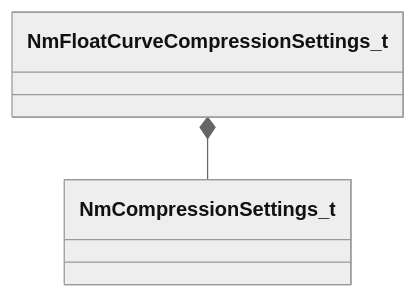
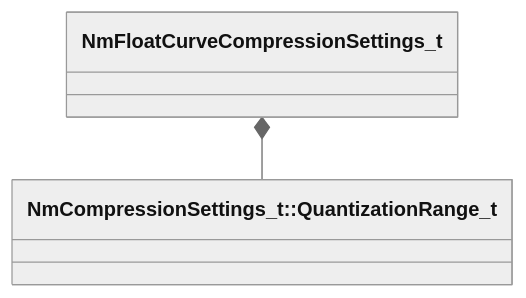
One commit to CS2OpenDev/CS2OpenDev-Docs changed the diagram in docs/generated/schemas/animlib/NmFloatCurveCompressionSettings_t.md. Above: the diagram before and after it, drawn with Mermaid (neutral theme). The commit also changed other lines of this file and 4525 other files, not shown here.

````diff
--- a/docs/generated/schemas/animlib/NmFloatCurveCompressionSettings_t.md
+++ b/docs/generated/schemas/animlib/NmFloatCurveCompressionSettings_t.md
@@ -15,4 +17,4 @@
 ```mermaid
 classDiagram
-    NmFloatCurveCompressionSettings_t *-- NmCompressionSettings_t
+    NmFloatCurveCompressionSettings_t *-- `NmCompressionSettings_t::QuantizationRange_t`
 ```
````
